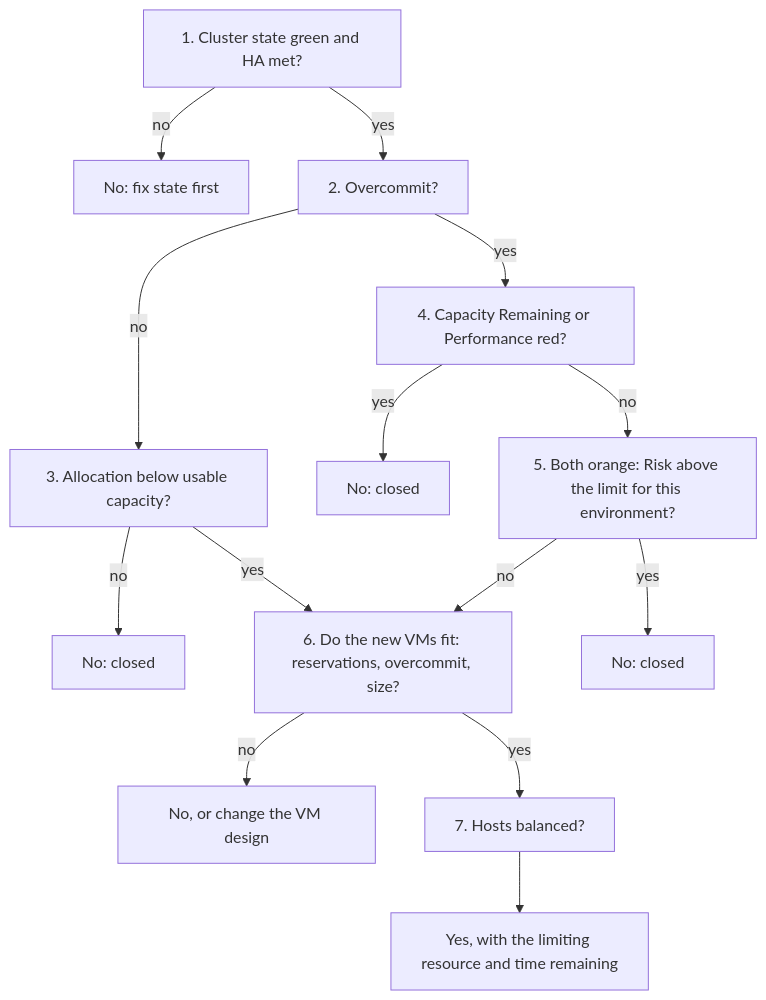
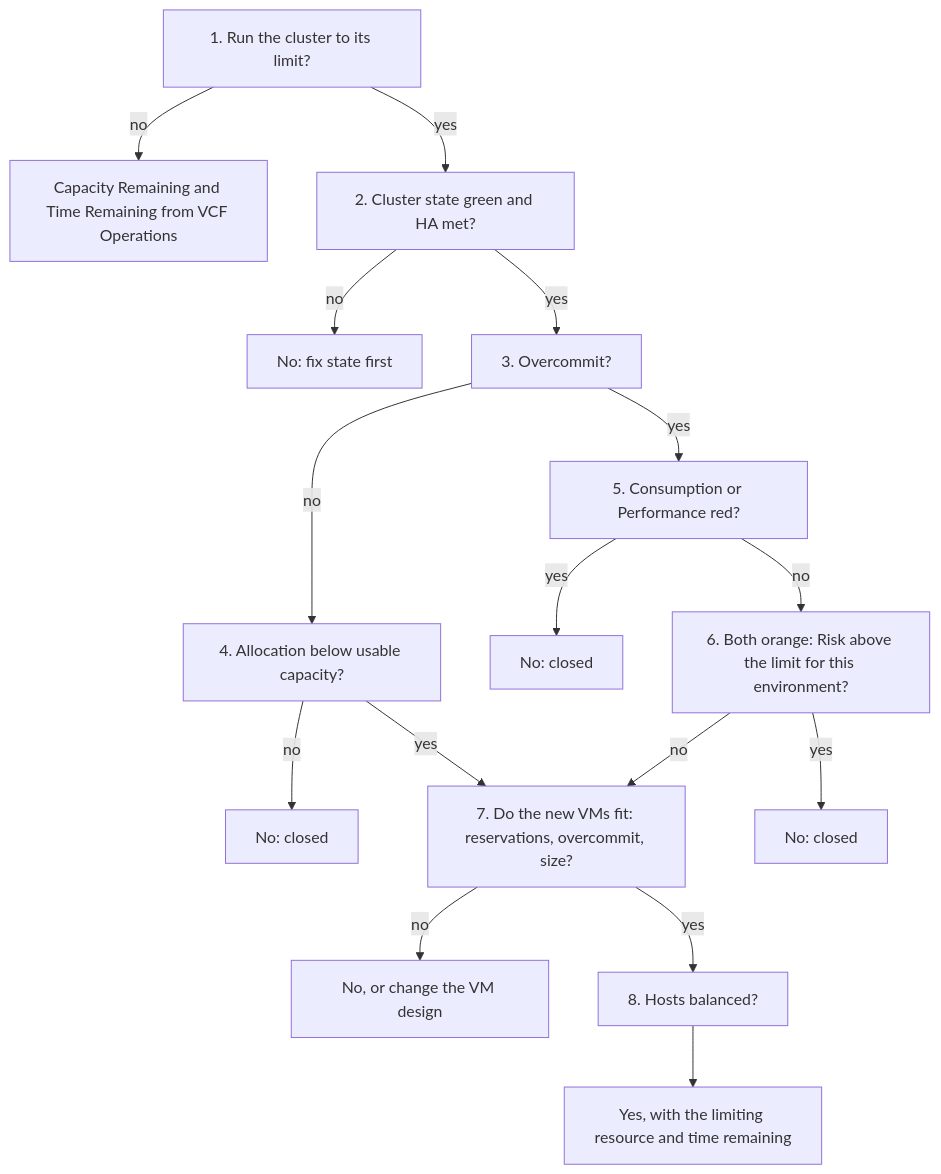
One commit to e1-rahabok/agent-e2 changed the diagram in knowledge/vsphere/object-types/cluster/decision-tree/can-cluster-take-more-vms.md. Above: the diagram before and after it, drawn with Mermaid. The commit also changed other lines of this file and 14 other files, not shown here.

````diff
--- a/knowledge/vsphere/object-types/cluster/decision-tree/can-cluster-take-more-vms.md
+++ b/knowledge/vsphere/object-types/cluster/decision-tree/can-cluster-take-more-vms.md
@@ -10,16 +10,17 @@
 ```mermaid
 flowchart TD
-  S1[1. Cluster state green and HA met?] -->|no| E1[No: fix state first]
-  S1 -->|yes| S2[2. Overcommit?]
-  S2 -->|no| S3[3. Allocation below usable capacity?]
-  S3 -->|no| E3[No: closed]
-  S3 -->|yes| S6
-  S2 -->|yes| S4[4. Capacity Remaining or Performance red?]
-  S4 -->|yes| E4[No: closed]
-  S4 -->|no| S5[5. Both orange: Risk above the limit for this environment?]
+  S1[1. Run the cluster to its limit?] -->|no| E1[Capacity Remaining and Time Remaining from VCF Operations]
+  S1 -->|yes| S2[2. Cluster state green and HA met?] -->|no| E2[No: fix state first]
+  S2 -->|yes| S3[3. Overcommit?]
+  S3 -->|no| S4[4. Allocation below usable capacity?]
+  S4 -->|no| E4[No: closed]
+  S4 -->|yes| S7
+  S3 -->|yes| S5[5. Consumption or Performance red?]
   S5 -->|yes| E5[No: closed]
-  S5 -->|no| S6[6. Do the new VMs fit: reservations, overcommit, size?]
-  S6 -->|no| E6[No, or change the VM design]
-  S6 -->|yes| S7[7. Hosts balanced?]
-  S7 --> E7[Yes, with the limiting resource and time remaining]
+  S5 -->|no| S6[6. Both orange: Risk above the limit for this environment?]
+  S6 -->|yes| E6[No: closed]
+  S6 -->|no| S7[7. Do the new VMs fit: reservations, overcommit, size?]
+  S7 -->|no| E7[No, or change the VM design]
+  S7 -->|yes| S8[8. Hosts balanced?]
+  S8 --> E8[Yes, with the limiting resource and time remaining]
 ```
````
